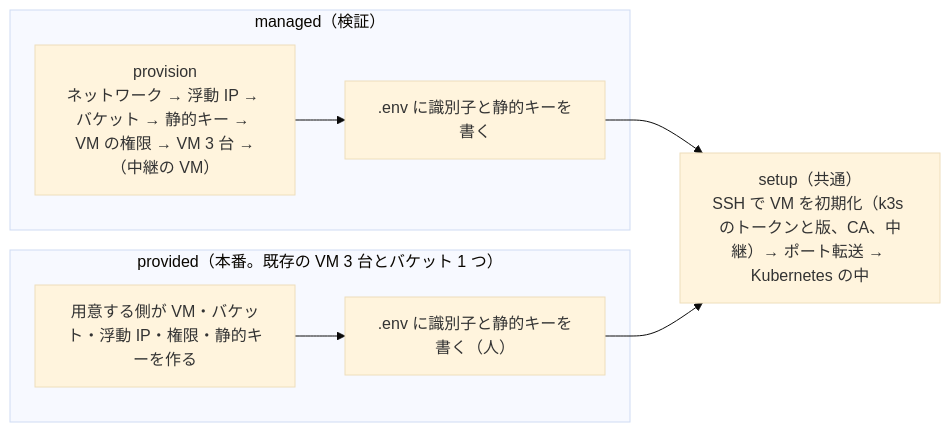
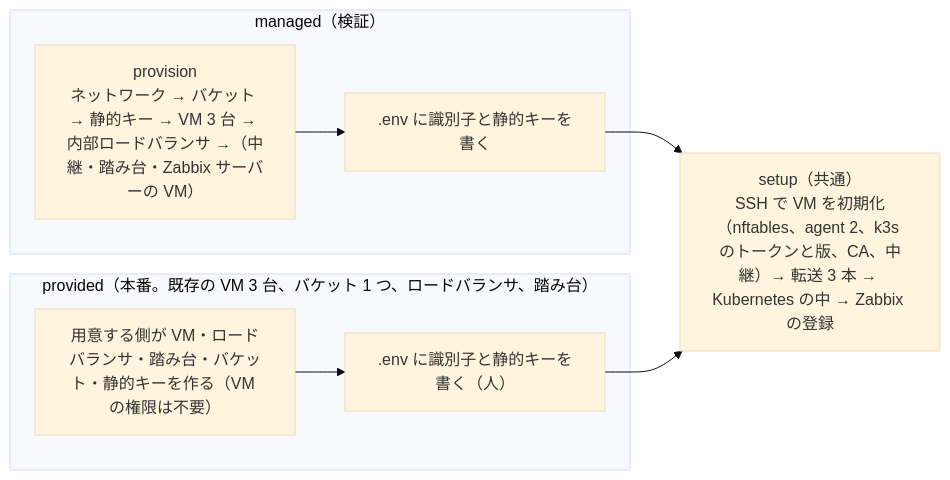
One commit to notfolder/litellm-agent-gateway-lab changed the third of 4 diagrams in docs/vm_architecture.md. Above: the diagram before and after it, drawn with Mermaid (base theme). The commit also changed other lines of this file and 11 other files, not shown here.

````diff
--- a/docs/vm_architecture.md
+++ b/docs/vm_architecture.md
@@ -113,10 +118,10 @@
 ```mermaid
 flowchart LR
     subgraph MANAGED["managed（検証）"]
-        P["provision<br/>ネットワーク → 浮動 IP → バケット → 静的キー → VM の権限 → VM 3 台 →（中継の VM）"] --> E1[".env に識別子と静的キーを書く"]
+        P["provision<br/>ネットワーク → バケット → 静的キー → VM 3 台 → 内部ロードバランサ →（中継・踏み台・Zabbix サーバーの VM）"] --> E1[".env に識別子と静的キーを書く"]
     end
-    subgraph PROVIDED["provided（本番。既存の VM 3 台とバケット 1 つ）"]
-        H["用意する側が VM・バケット・浮動 IP・権限・静的キーを作る"] --> E2[".env に識別子と静的キーを書く（人）"]
+    subgraph PROVIDED["provided（本番。既存の VM 3 台、バケット 1 つ、ロードバランサ、踏み台）"]
+        H["用意する側が VM・ロードバランサ・踏み台・バケット・静的キーを作る（VM の権限は不要）"] --> E2[".env に識別子と静的キーを書く（人）"]
     end
-    E1 & E2 --> S["setup（共通）<br/>SSH で VM を初期化（k3s のトークンと版、CA、中継）→ ポート転送 → Kubernetes の中"]
+    E1 & E2 --> S["setup（共通）<br/>SSH で VM を初期化（nftables、agent 2、k3s のトークンと版、CA、中継）→ 転送 3 本 → Kubernetes の中 → Zabbix の登録"]
 ```
````
